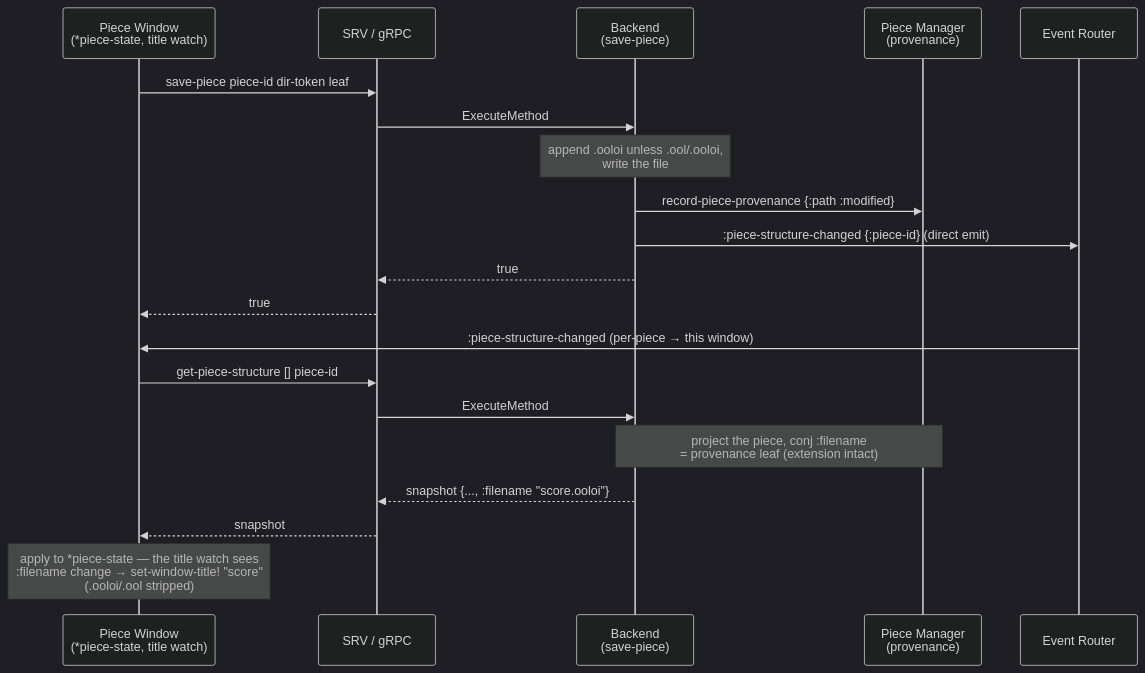
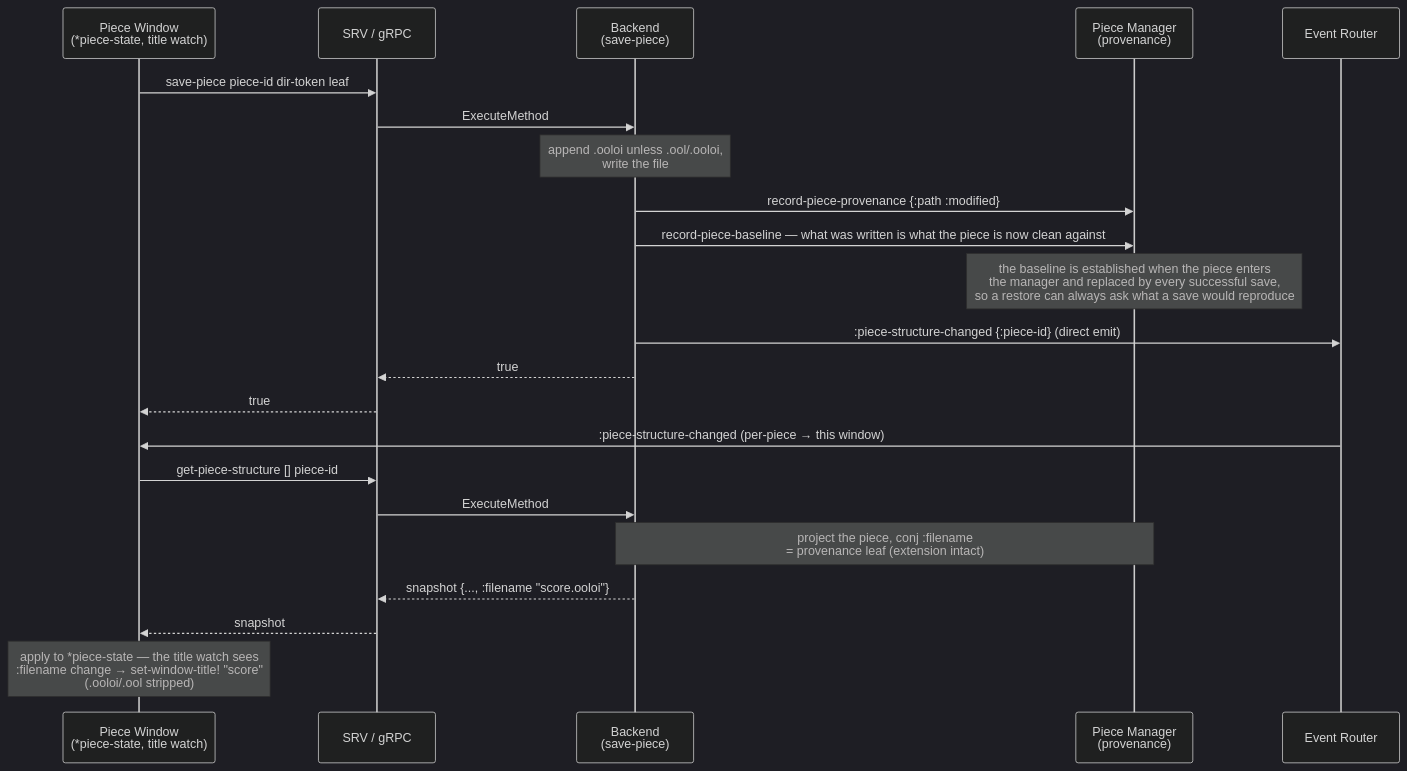
Before and after one commit to PeterBengtson/Ooloi-docs: the third of 3 diagrams in ADRs/0052-Change-Detection-and-Event-Generation.md, drawn with Mermaid (dark theme). The commit also changed 1 other file, not shown here.

Commit message:
Documentation sync 2026-08-17

````diff
--- a/ADRs/0052-Change-Detection-and-Event-Generation.md
+++ b/ADRs/0052-Change-Detection-and-Event-Generation.md
@@ -293,23 +293,25 @@
 ```mermaid
 sequenceDiagram
     participant FE as Piece Window<br/>(*piece-state, title watch)
     participant SRV as SRV / gRPC
     participant BE as Backend<br/>(save-piece)
     participant PM as Piece Manager<br/>(provenance)
     participant ER as Event Router
 
     FE->>SRV: save-piece piece-id dir-token leaf
     SRV->>BE: ExecuteMethod
     Note over BE: append .ooloi unless .ool/.ooloi,<br/>write the file
     BE->>PM: record-piece-provenance {:path :modified}
+    BE->>PM: record-piece-baseline — what was written is what the piece is now clean against
+    Note over PM: the baseline is established when the piece enters<br/>the manager and replaced by every successful save,<br/>so a restore can always ask what a save would reproduce
     BE->>ER: :piece-structure-changed {:piece-id} (direct emit)
     BE-->>SRV: true
     SRV-->>FE: true
     ER->>FE: :piece-structure-changed (per-piece → this window)
     FE->>SRV: get-piece-structure [] piece-id
     SRV->>BE: ExecuteMethod
     Note over BE,PM: project the piece, conj :filename<br/>= provenance leaf (extension intact)
     BE-->>SRV: snapshot {..., :filename "score.ooloi"}
     SRV-->>FE: snapshot
     Note over FE: apply to *piece-state — the title watch sees<br/>:filename change → set-window-title! "score"<br/>(.ooloi/.ool stripped)
 ```
````
